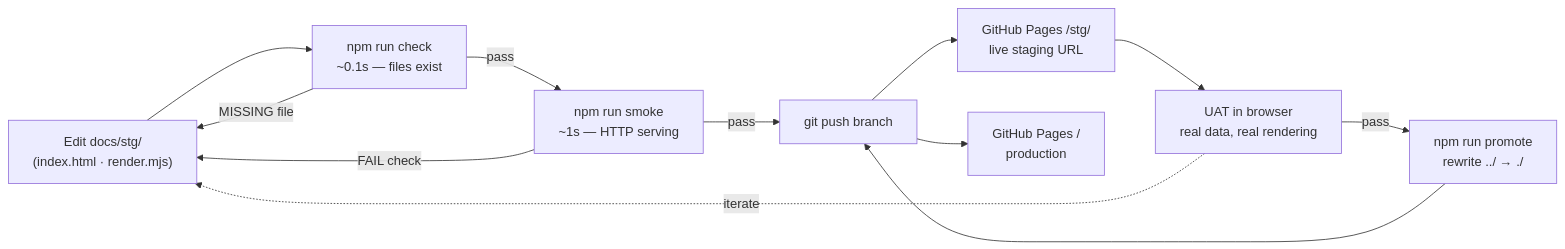
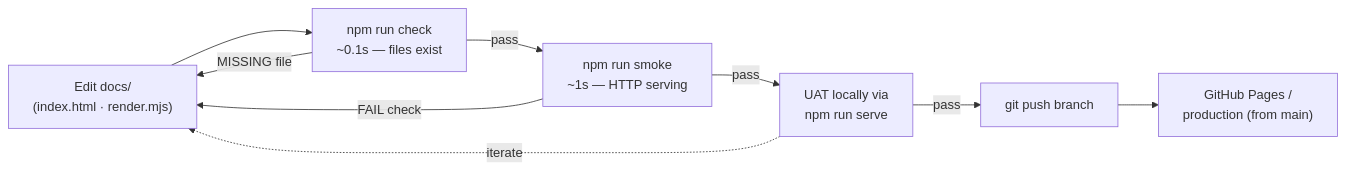
The fourth of 4 diagrams in ARCHITECTURE.md (denishoctor/lcjru-fixtures), drawn with Mermaid before and after one commit. The commit also changed other lines of this file and 11 other files, not shown here.

First line of the commit message:
chore: remove stg/ staging environment

````diff
--- a/ARCHITECTURE.md
+++ b/ARCHITECTURE.md
@@ -253,24 +253,19 @@
 ```mermaid
 flowchart LR
-    EDIT["Edit docs/stg/\n(index.html · render.mjs)"]
+    EDIT["Edit docs/\n(index.html · render.mjs)"]
     CHECK["npm run check\n~0.1s — files exist"]
     SMOKE["npm run smoke\n~1s — HTTP serving"]
     PUSH["git push branch"]
-    STG["GitHub Pages /stg/\nlive staging URL"]
-    UAT["UAT in browser\nreal data, real rendering"]
-    PROMOTE["npm run promote\nrewrite ../ → ./"]
-    PROD["GitHub Pages /\nproduction"]
+    UAT["UAT locally via\nnpm run serve"]
+    PROD["GitHub Pages /\nproduction (from main)"]
 
     EDIT --> CHECK
     CHECK -->|pass| SMOKE
-    SMOKE -->|pass| PUSH
-    PUSH --> STG
-    STG --> UAT
-    UAT -->|pass| PROMOTE
-    PROMOTE --> PUSH
+    SMOKE -->|pass| UAT
+    UAT -->|pass| PUSH
     PUSH --> PROD
 
     CHECK -->|MISSING file| EDIT
     SMOKE -->|FAIL check| EDIT
     UAT -.->|iterate| EDIT
 ```
````
